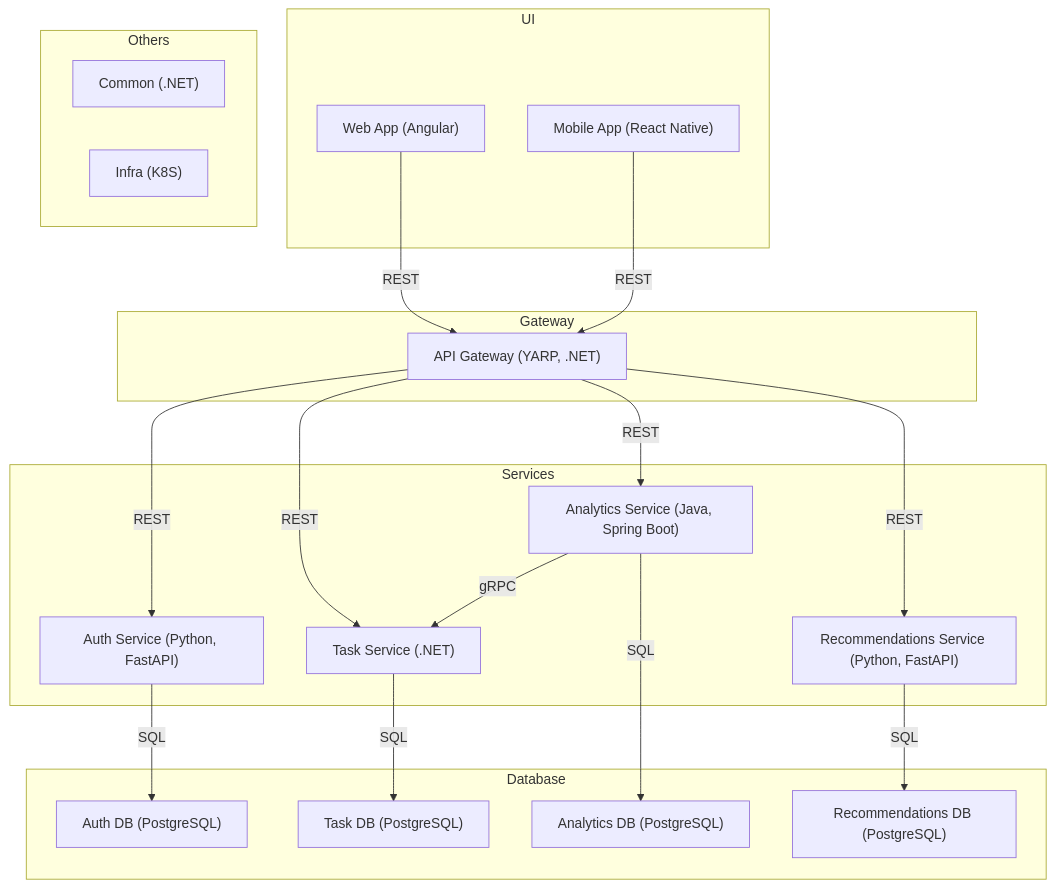
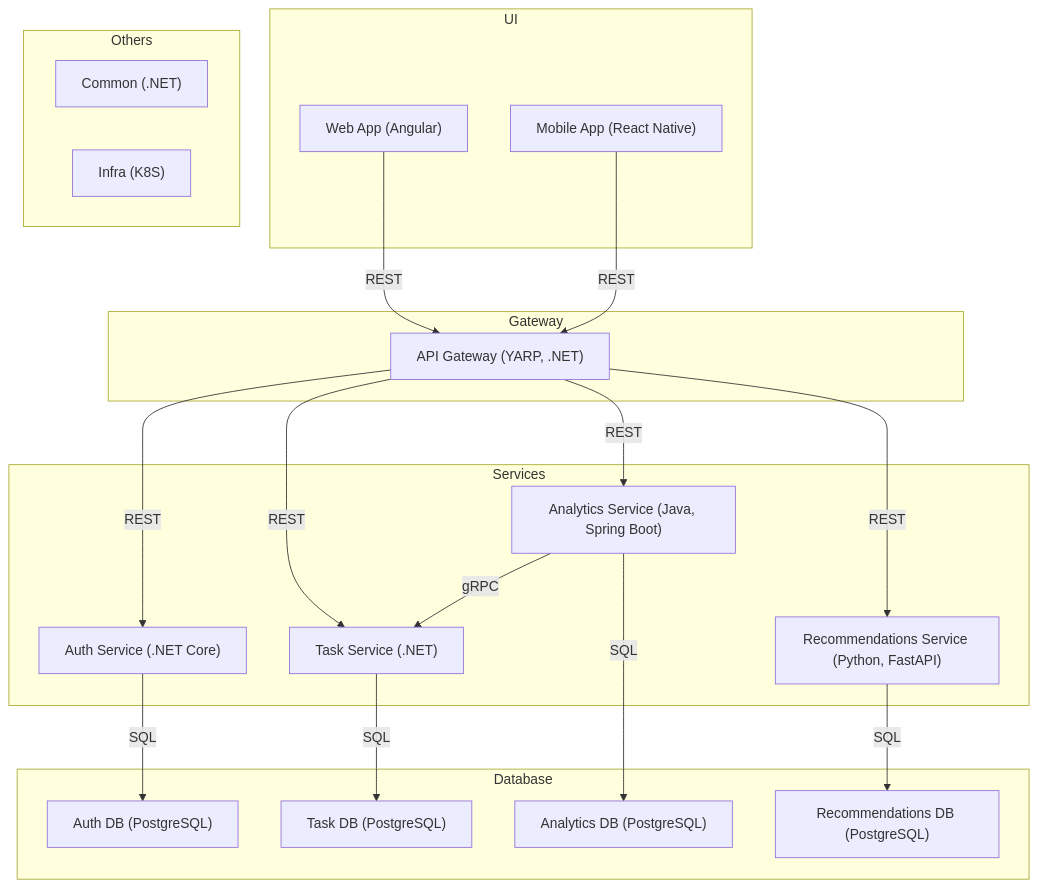
One commit to Abstractize/todo.app changed the diagram in README.md. Above: the diagram before and after it, drawn with Mermaid. The commit also changed other lines of this file, not shown here.

````diff
--- a/README.md
+++ b/README.md
@@ -55,45 +55,45 @@
 ```mermaid
 flowchart TD
   subgraph UI
     A["Web App (Angular)"]
     B["Mobile App (React Native)"]
   end
 
   subgraph Gateway
     C["API Gateway (YARP, .NET)"]
   end
 
   subgraph Services
-    D["Auth Service (Python, FastAPI)"]
+    D["Auth Service (.NET Core)"]
     E["Task Service (.NET)"]
     F["Analytics Service (Java, Spring Boot)"]
     G["Recommendations Service (Python, FastAPI)"]
   end
 
   subgraph Database
     H["Auth DB (PostgreSQL)"]
     I["Task DB (PostgreSQL)"]
     J["Analytics DB (PostgreSQL)"]
     K["Recommendations DB (PostgreSQL)"]
   end
 
   A -- "REST" --> C
   B -- "REST" --> C
   
   C -- "REST" --> D
   C -- "REST" --> E
   C -- "REST" --> F
   C -- "REST" --> G
 
   D -- "SQL" --> H
   E -- "SQL" --> I
   F -- "SQL" --> J
   G -- "SQL" --> K
 
   F -- "gRPC" --> E
 
   subgraph Others
     L["Common (.NET)"]
     M["Infra (K8S)"]
   end
 ```
````
